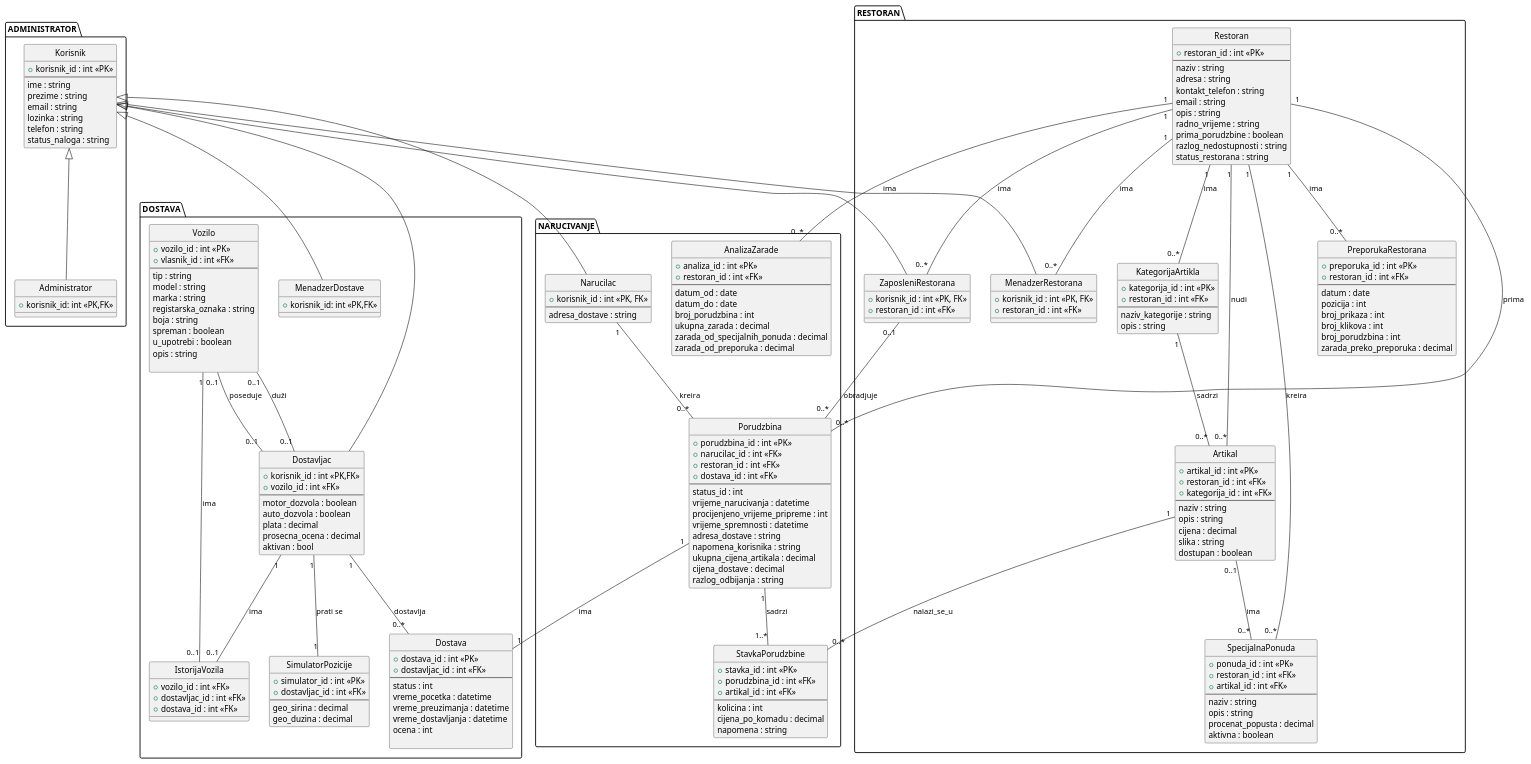
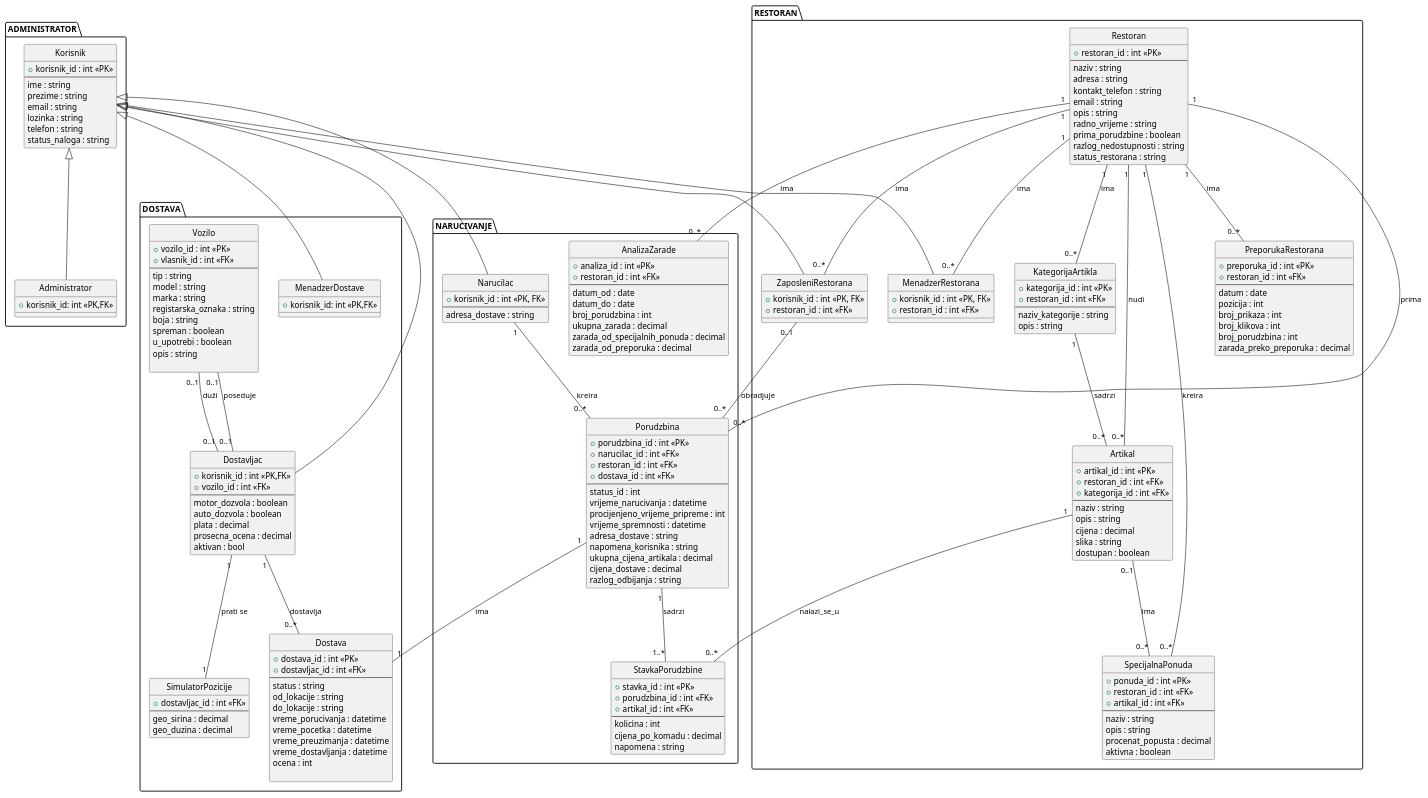
One commit to milicaclm/dostava_hrane changed the diagram in ŠBP.puml. Above: the diagram before and after it, drawn with PlantUML. The commit also changed 9 other files, not shown here.

```diff
--- a/ŠBP.puml
+++ b/ŠBP.puml
@@ -50,7 +50,6 @@
 
 
 class SimulatorPozicije {
-  + simulator_id : int <<PK>>
   + dostavljac_id : int <<FK>>
   --
   geo_sirina : decimal
@@ -74,13 +73,6 @@
   
 }
 
-class IstorijaVozila {
-  + vozilo_id : int <<FK>>
-  + dostavljac_id : int <<FK>>
-  + dostava_id : int <<FK>>
-  
-}
-
 
 
 
@@ -88,7 +80,10 @@
   + dostava_id : int <<PK>>
   + dostavljac_id : int <<FK>>
   --
-  status : int
+  status : string
+  od_lokacije : string
+  do_lokacije : string
+  vreme_porucivanja : datetime
   vreme_pocetka : datetime
   vreme_preuzimanja : datetime
   vreme_dostavljanja : datetime
@@ -244,8 +239,6 @@
 
 Vozilo "0..1" -- "0..1" Dostavljac : "duži"
 Vozilo "0..1" -- "0..1" Dostavljac : "poseduje"
-Vozilo "1" -- "0..1" IstorijaVozila : "ima"
-Dostavljac "1" -- "0..1" IstorijaVozila : "ima"
 
 Korisnik <|-- Narucilac
 
```
